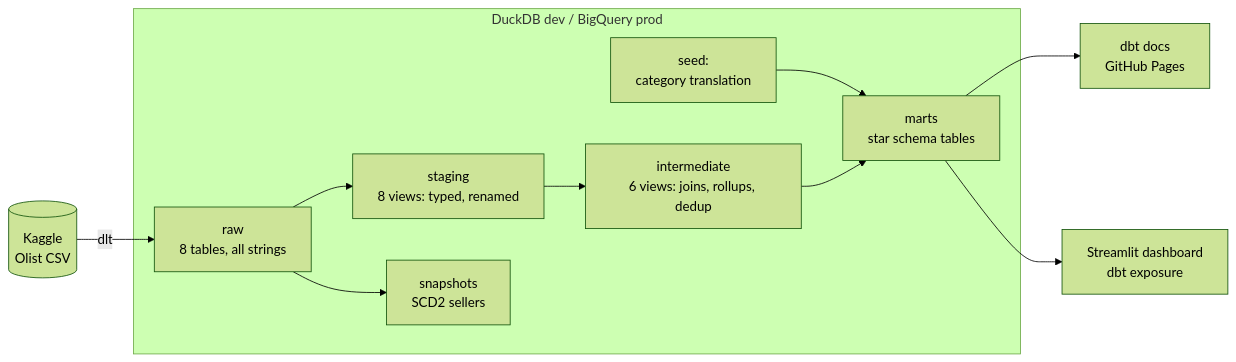
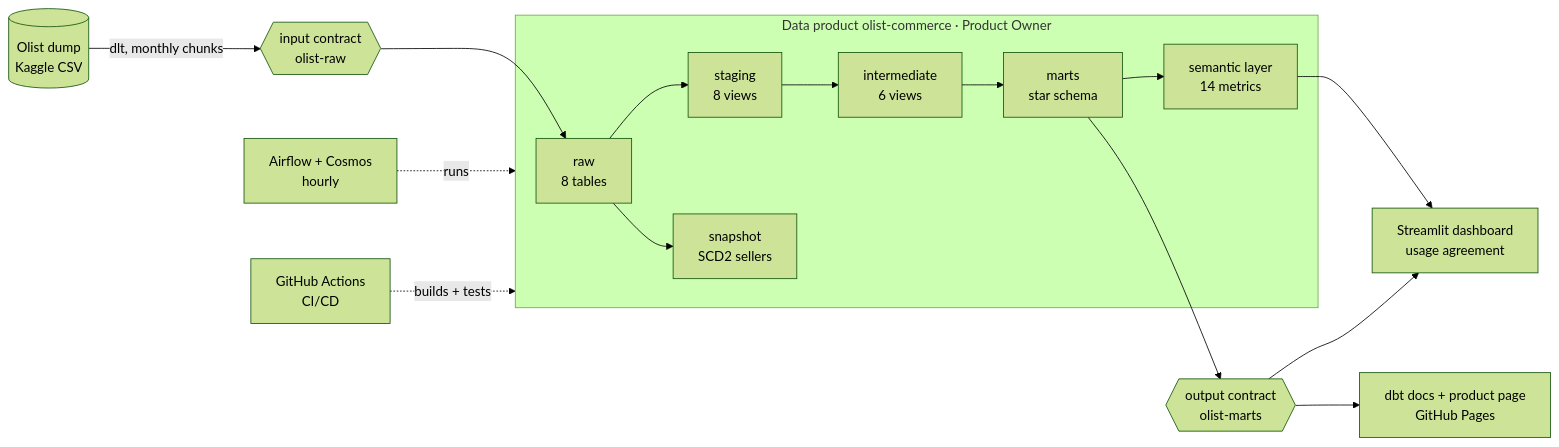
Before and after one commit to ShuCiG/olist-analytics-dbt: the first of 4 diagrams in README.md, drawn with Mermaid (forest theme). The commit also changed other lines of this file and 3 other files, not shown here.

````diff
--- a/README.md
+++ b/README.md
@@ -39,14 +67,19 @@
 ```mermaid
 flowchart LR
-    kaggle[(Kaggle<br/>Olist CSV)] -->|dlt| raw
-    subgraph wh[DuckDB dev / BigQuery prod]
-        raw[raw<br/>8 tables, all strings] --> staging
-        raw --> snapshots[snapshots<br/>SCD2 sellers]
-        seed[seed:<br/>category translation] --> marts
-        staging[staging<br/>8 views: typed, renamed] --> intermediate
-        intermediate[intermediate<br/>6 views: joins, rollups, dedup] --> marts
-        marts[marts<br/>star schema tables]
+    kaggle[(Olist dump<br/>Kaggle CSV)] -->|dlt, monthly chunks| ic{{input contract<br/>olist-raw}}
+    ic --> raw
+
+    subgraph product[Data product olist-commerce · Product Owner]
+        raw[raw<br/>8 tables] --> staging[staging<br/>8 views] --> intermediate[intermediate<br/>6 views] --> marts[marts<br/>star schema]
+        marts --> metrics[semantic layer<br/>14 metrics]
+        raw --> snap[snapshot<br/>SCD2 sellers]
     end
-    marts --> docs[dbt docs<br/>GitHub Pages]
-    marts --> dash[Streamlit dashboard<br/>dbt exposure]
+
+    marts --> oc{{output contract<br/>olist-marts}}
+    oc --> dash[Streamlit dashboard<br/>usage agreement]
+    metrics --> dash
+    oc --> docs[dbt docs + product page<br/>GitHub Pages]
+
+    airflow[Airflow + Cosmos<br/>hourly] -. runs .-> product
+    ci[GitHub Actions<br/>CI/CD] -. builds + tests .-> product
 ```
````
